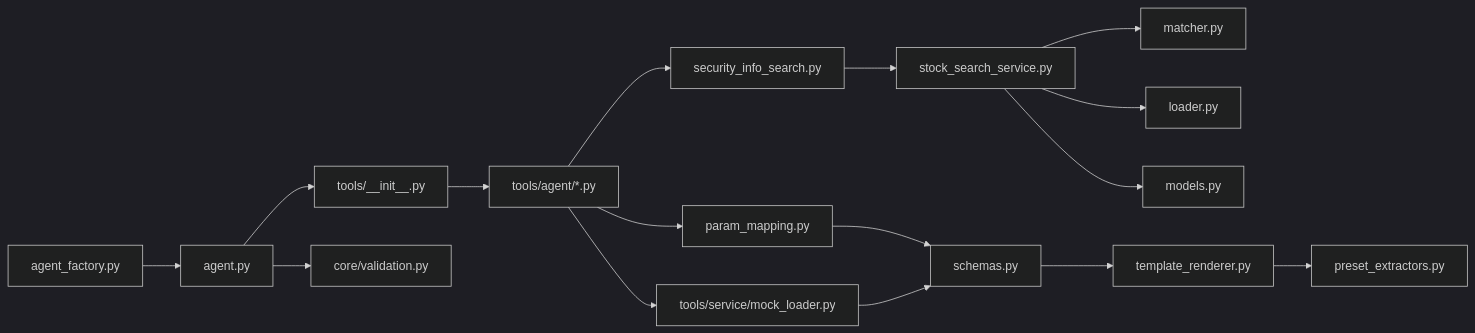
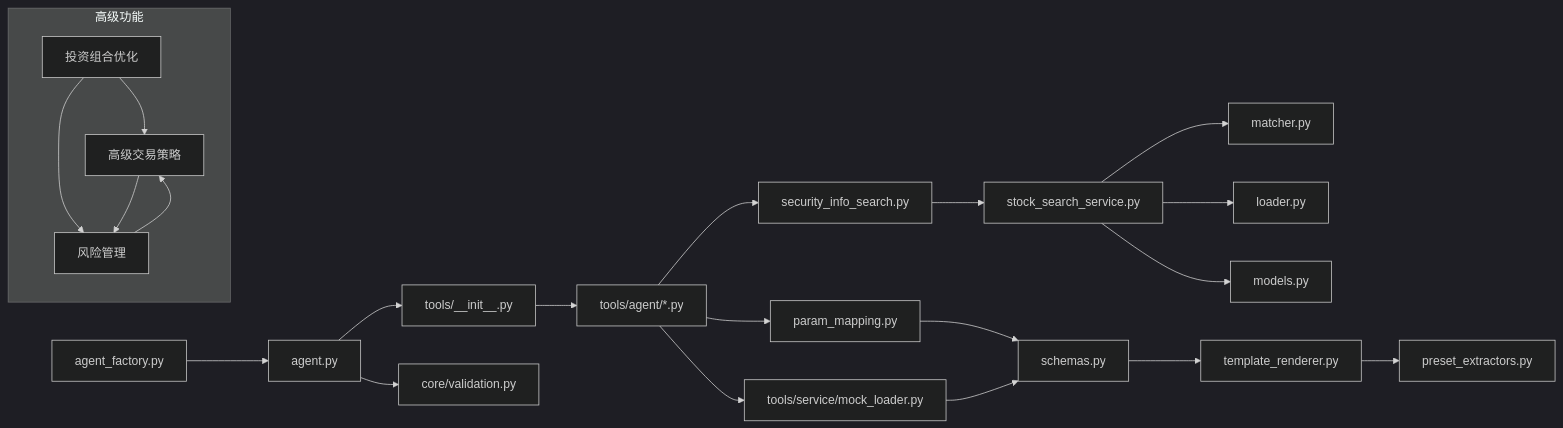
The tenth of 10 diagrams in repowiki/zh/content/智能体实现/证券智能体/证券智能体.md (YU-JI-KUI/ark-agentic), drawn with Mermaid (dark theme) before and after one commit. The commit also changed other lines of this file and 6 other files, not shown here.

````diff
--- a/repowiki/zh/content/智能体实现/证券智能体/证券智能体.md
+++ b/repowiki/zh/content/智能体实现/证券智能体/证券智能体.md
@@ -982,18 +1113,24 @@
 ```mermaid
 graph LR
 AF["agent_factory.py"] --> AG["agent.py"]
 AG --> TK["tools/__init__.py"]
 TK --> AT["tools/agent/*.py"]
 AT --> PM["param_mapping.py"]
 AT --> SM["tools/service/mock_loader.py"]
 AT --> SI["security_info_search.py"]
 SI --> SS["stock_search_service.py"]
 SS --> MP["matcher.py"]
 SS --> LD["loader.py"]
 SS --> MD["models.py"]
 PM --> SC["schemas.py"]
 SM --> SC
 SC --> TR["template_renderer.py"]
 TR --> AE["preset_extractors.py"]
 AG --> EV["core/validation.py"]
+subgraph "高级功能"
+STR["高级交易策略"] --> RISK["风险管理"]
+OPT["投资组合优化"] --> RISK
+RISK --> STR
+OPT --> STR
+end
 ```
````
